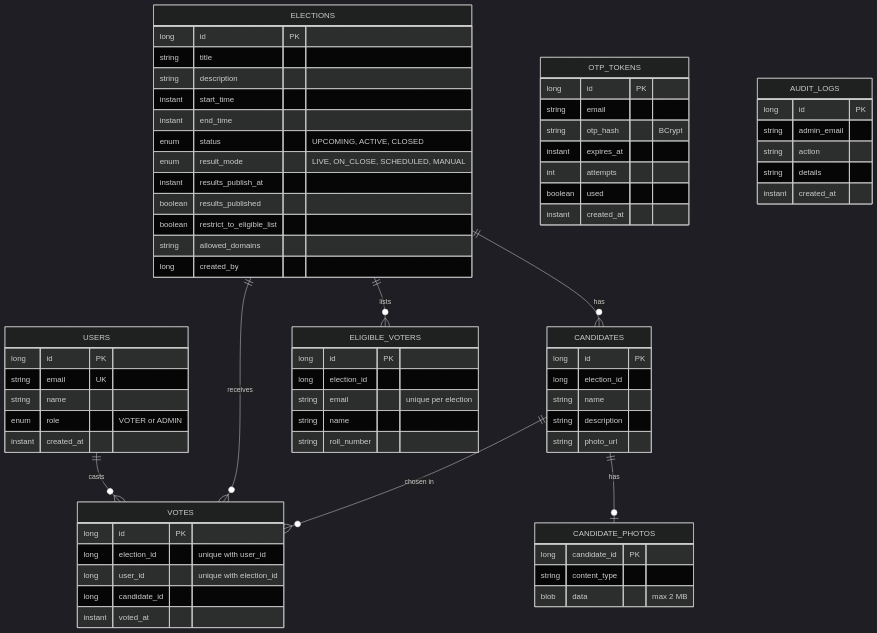
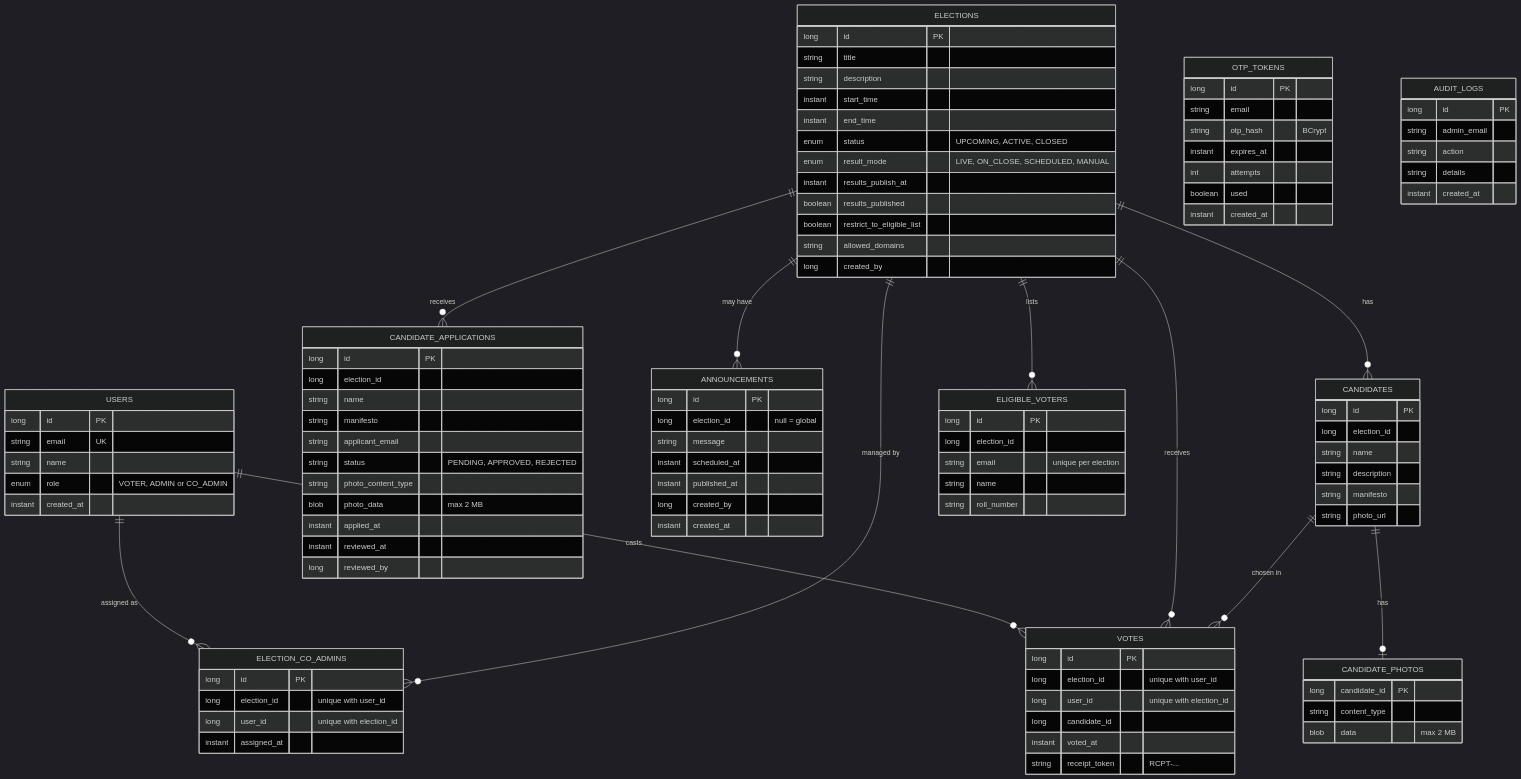
The sixth of 6 diagrams in README.md (itz-Arun-001/online_voting_system), drawn with Mermaid (dark theme) before and after one commit. The commit also changed other lines of this file and 1 other file, not shown here.

Commit message:
Update README: co-admins, applications, announcements, receipts

````diff
--- a/README.md
+++ b/README.md
@@ -245,6 +255,10 @@
 ```mermaid
 erDiagram
     USERS ||--o{ VOTES : casts
+    USERS ||--o{ ELECTION_CO_ADMINS : "assigned as"
+    ELECTIONS ||--o{ ELECTION_CO_ADMINS : "managed by"
+    ELECTIONS ||--o{ CANDIDATE_APPLICATIONS : receives
+    ELECTIONS ||--o{ ANNOUNCEMENTS : "may have"
     ELECTIONS ||--o{ CANDIDATES : has
     ELECTIONS ||--o{ ELIGIBLE_VOTERS : lists
     ELECTIONS ||--o{ VOTES : receives
@@ -255,7 +269,7 @@
         long id PK
         string email UK
         string name
-        enum role "VOTER or ADMIN"
+        enum role "VOTER, ADMIN or CO_ADMIN"
         instant created_at
     }
     ELECTIONS {
@@ -277,6 +291,7 @@
         long election_id
         string name
         string description
+        string manifesto
         string photo_url
     }
     CANDIDATE_PHOTOS {
@@ -297,6 +312,7 @@
         long user_id "unique with election_id"
         long candidate_id
         instant voted_at
+        string receipt_token "RCPT-..."
     }
     OTP_TOKENS {
         long id PK
@@ -307,6 +323,34 @@
         boolean used
         instant created_at
     }
+    ELECTION_CO_ADMINS {
+        long id PK
+        long election_id "unique with user_id"
+        long user_id "unique with election_id"
+        instant assigned_at
+    }
+    CANDIDATE_APPLICATIONS {
+        long id PK
+        long election_id
+        string name
+        string manifesto
+        string applicant_email
+        string status "PENDING, APPROVED, REJECTED"
+        string photo_content_type
+        blob photo_data "max 2 MB"
+        instant applied_at
+        instant reviewed_at
+        long reviewed_by
+    }
+    ANNOUNCEMENTS {
+        long id PK
+        long election_id "null = global"
+        string message
+        instant scheduled_at
+        instant published_at
+        long created_by
+        instant created_at
+    }
     AUDIT_LOGS {
         long id PK
         string admin_email
````
